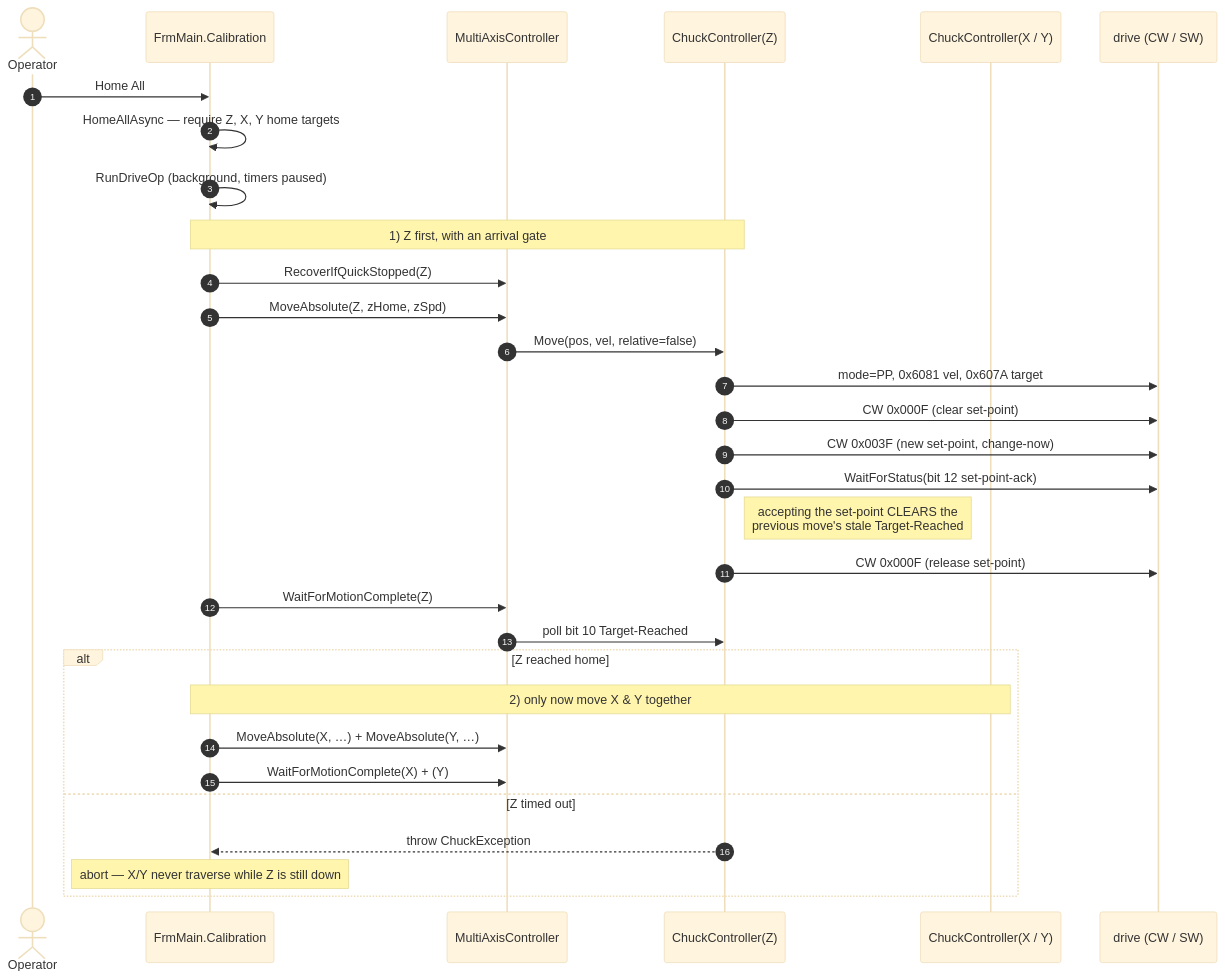
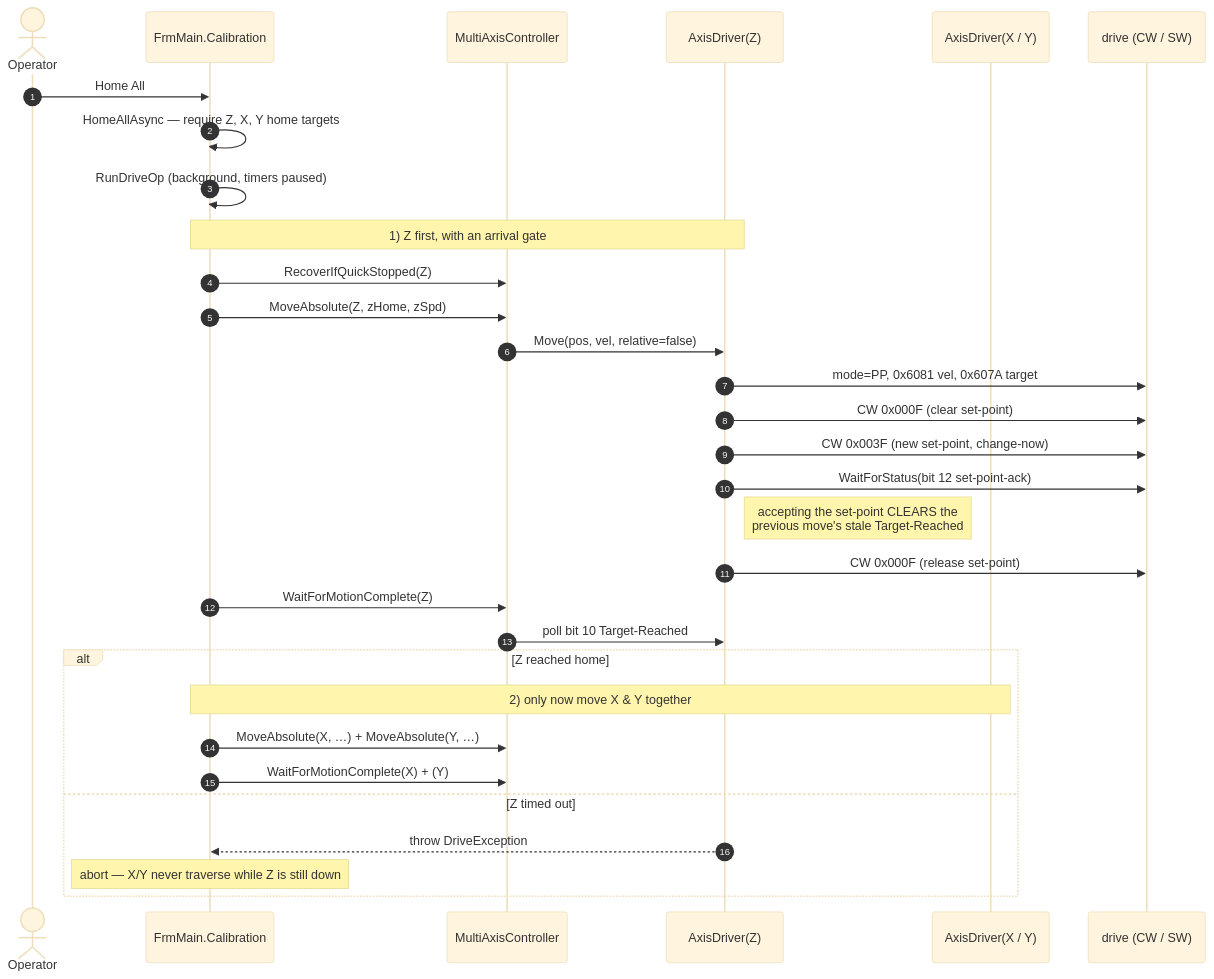
Before and after one commit to alexanderYaw/nanotec-controller: the fifth of 6 diagrams in Developer Guide/README.md, drawn with Mermaid (base theme). The commit also changed other lines of this file and 1 other file, not shown here.

````diff
--- a/Developer Guide/README.md
+++ b/Developer Guide/README.md
@@ -853,35 +872,35 @@
 ```mermaid
 sequenceDiagram
     autonumber
     actor U as Operator
     participant F as FrmMain.Calibration
     participant M as MultiAxisController
-    participant Z as ChuckController(Z)
-    participant XY as ChuckController(X / Y)
+    participant Z as AxisDriver(Z)
+    participant XY as AxisDriver(X / Y)
     participant A as drive (CW / SW)
 
     U->>F: Home All
     F->>F: HomeAllAsync — require Z, X, Y home targets
     F->>F: RunDriveOp (background, timers paused)
 
     Note over F,Z: 1) Z first, with an arrival gate
     F->>M: RecoverIfQuickStopped(Z)
     F->>M: MoveAbsolute(Z, zHome, zSpd)
     M->>Z: Move(pos, vel, relative=false)
     Z->>A: mode=PP, 0x6081 vel, 0x607A target
     Z->>A: CW 0x000F (clear set-point)
     Z->>A: CW 0x003F (new set-point, change-now)
     Z->>A: WaitForStatus(bit 12 set-point-ack)
     Note right of Z: accepting the set-point CLEARS the<br/>previous move's stale Target-Reached
     Z->>A: CW 0x000F (release set-point)
     F->>M: WaitForMotionComplete(Z)
     M->>Z: poll bit 10 Target-Reached
     alt Z reached home
         Note over F,XY: 2) only now move X & Y together
         F->>M: MoveAbsolute(X, …) + MoveAbsolute(Y, …)
         F->>M: WaitForMotionComplete(X) + (Y)
     else Z timed out
-        Z-->>F: throw ChuckException
+        Z-->>F: throw DriveException
         Note over F: abort — X/Y never traverse while Z is still down
     end
 ```
````
